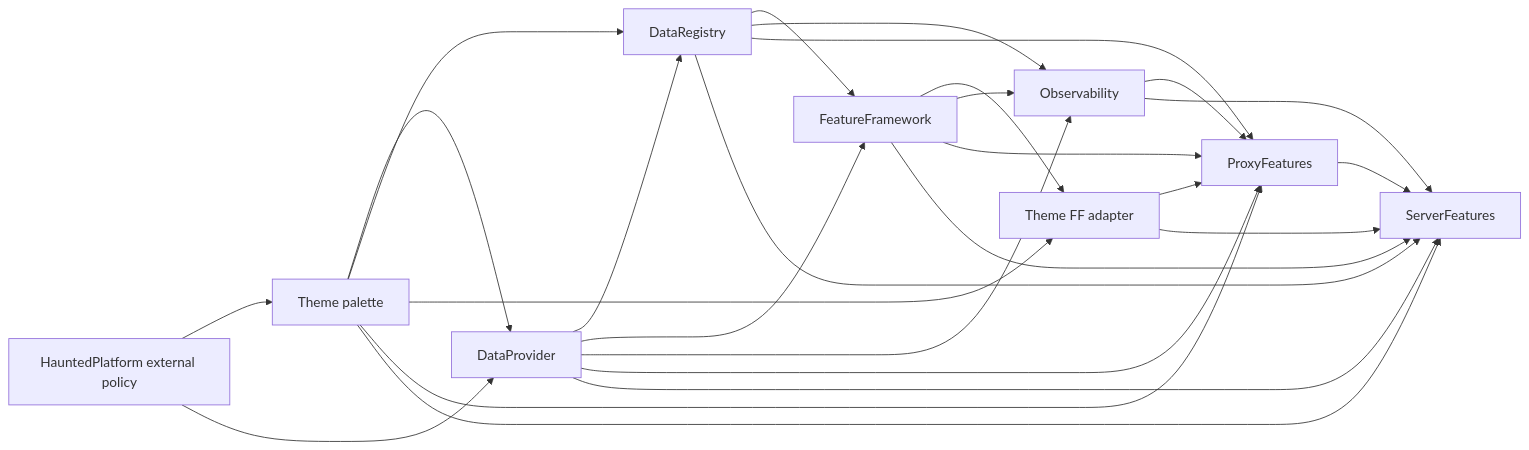
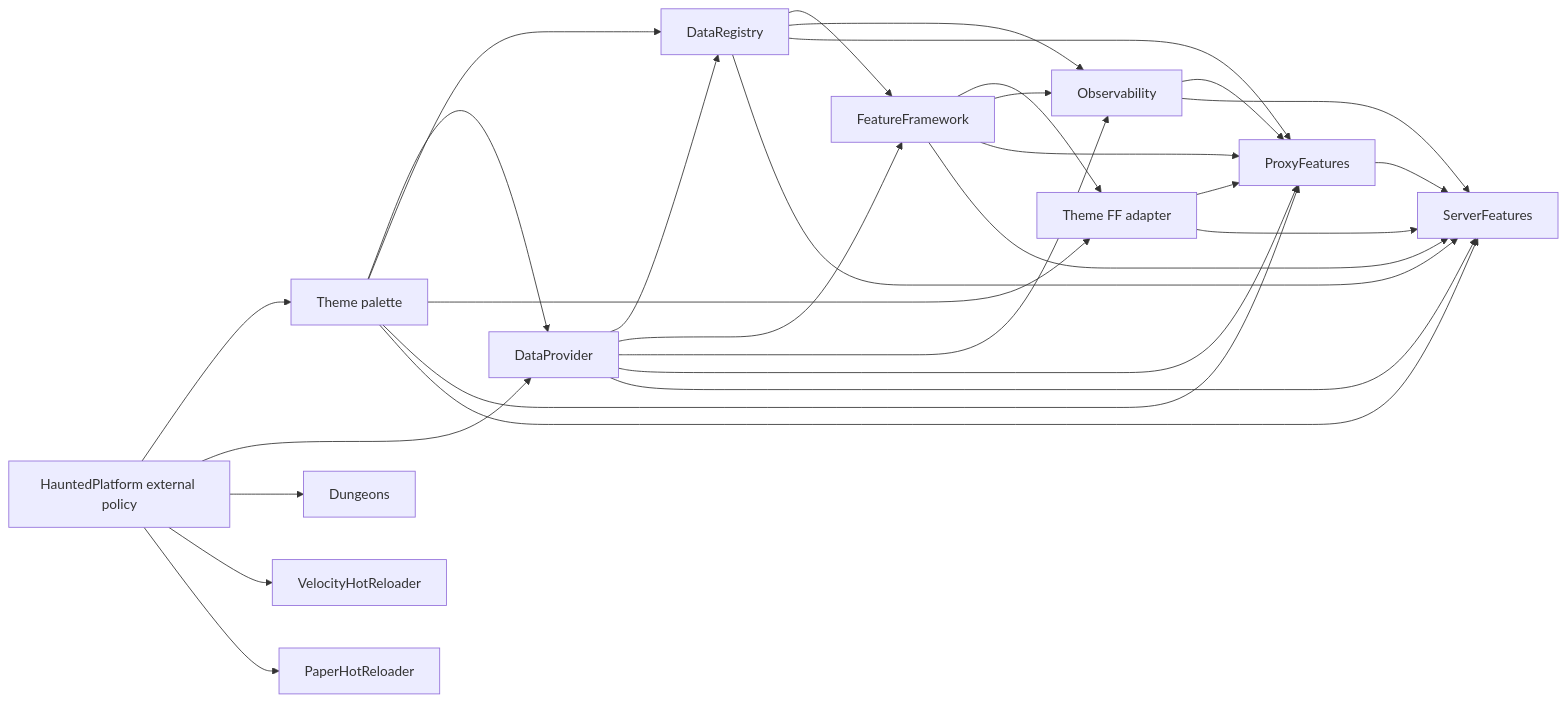
One commit to HauntedMC/HauntedPlatform changed the diagram in docs/releasing.md. Above: the diagram before and after it, drawn with Mermaid. The commit also changed other lines of this file and 4 other files, not shown here.

Commit message:
chore: onboard Dungeons and hot reloaders to platform updates (#32)

````diff
--- a/docs/releasing.md
+++ b/docs/releasing.md
@@ -18,28 +18,31 @@
 ```mermaid
 flowchart LR
   Platform[HauntedPlatform external policy] --> Palette[Theme palette]
   Platform --> DP[DataProvider]
   Palette --> DP
   Palette --> DR[DataRegistry]
   DP --> DR
   DP --> FF[FeatureFramework]
   DR --> FF
   FF --> Adapter[Theme FF adapter]
   Palette --> Adapter
   DP --> Obs[Observability]
   DR --> Obs
   FF --> Obs
   DP --> Proxy[ProxyFeatures]
   DR --> Proxy
   FF --> Proxy
   Palette --> Proxy
   Adapter --> Proxy
   Obs --> Proxy
   Proxy --> Server[ServerFeatures]
   DP --> Server
   DR --> Server
   FF --> Server
   Palette --> Server
   Adapter --> Server
   Obs --> Server
+  Platform --> Dungeons[Dungeons]
+  Platform --> VHR[VelocityHotReloader]
+  Platform --> PHR[PaperHotReloader]
 ```
````
